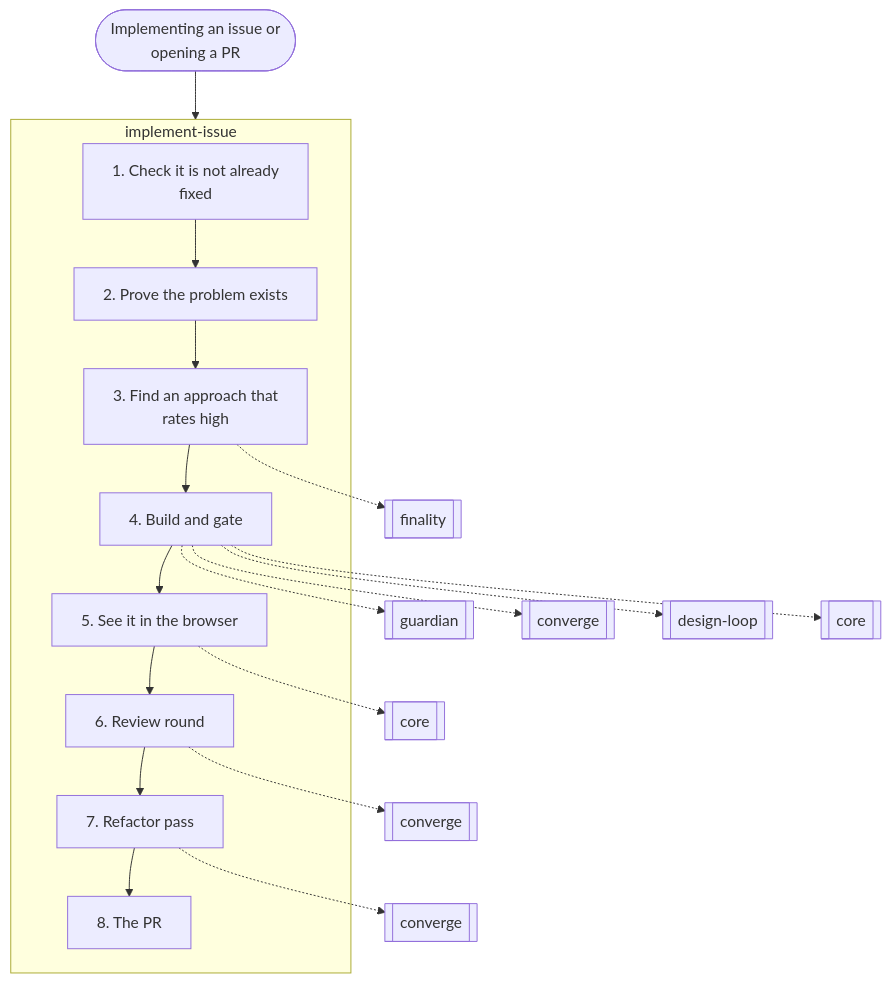
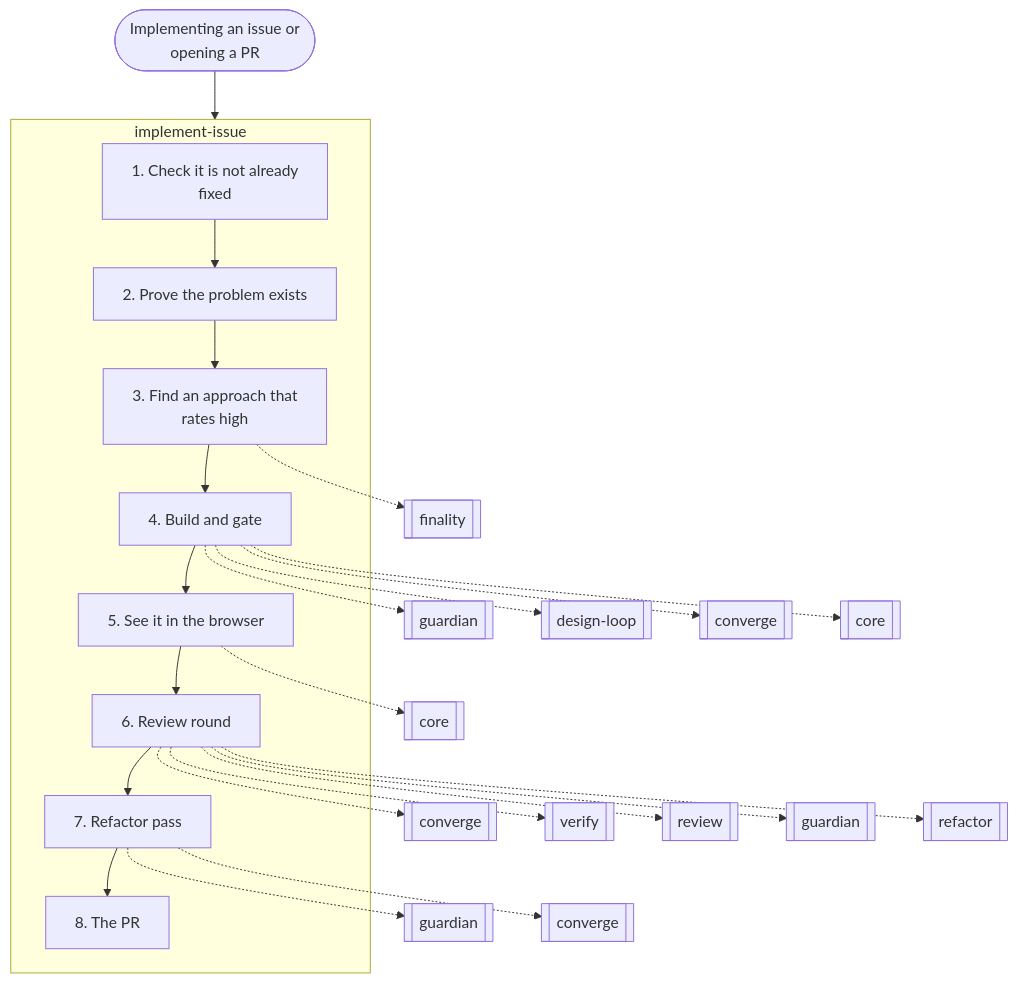
The sixth of 14 diagrams in docs/graphs.md (nitedani/mergeworthy), drawn with Mermaid before and after one commit. The commit also changed other lines of this file and 16 other files, not shown here.

````diff
--- a/docs/graphs.md
+++ b/docs/graphs.md
@@ -161,30 +170,35 @@
 ```mermaid
 flowchart TB
   start(["Implementing an issue or<br/>opening a PR"])
   subgraph g0["implement-issue"]
     s0["1. Check it is not already<br/>fixed"]
     s1["2. Prove the problem exists"]
     s0 --> s1
     s2["3. Find an approach that<br/>rates high"]
     s1 --> s2
     s3["4. Build and gate"]
     s2 --> s3
     s4["5. See it in the browser"]
     s3 --> s4
     s5["6. Review round"]
     s4 --> s5
     s6["7. Refactor pass"]
     s5 --> s6
     s7["8. The PR"]
     s6 --> s7
   end
   s2 -.-> r1[["finality"]]
   s3 -.-> r2[["guardian"]]
-  s3 -.-> r3[["converge"]]
-  s3 -.-> r4[["design-loop"]]
+  s3 -.-> r3[["design-loop"]]
+  s3 -.-> r4[["converge"]]
   s3 -.-> r5[["core"]]
   s4 -.-> r6[["core"]]
   s5 -.-> r7[["converge"]]
-  s6 -.-> r8[["converge"]]
+  s5 -.-> r8[["verify"]]
+  s5 -.-> r9[["review"]]
+  s5 -.-> r10[["guardian"]]
+  s5 -.-> r11[["refactor"]]
+  s6 -.-> r12[["guardian"]]
+  s6 -.-> r13[["converge"]]
   start --> g0
 ```
````
